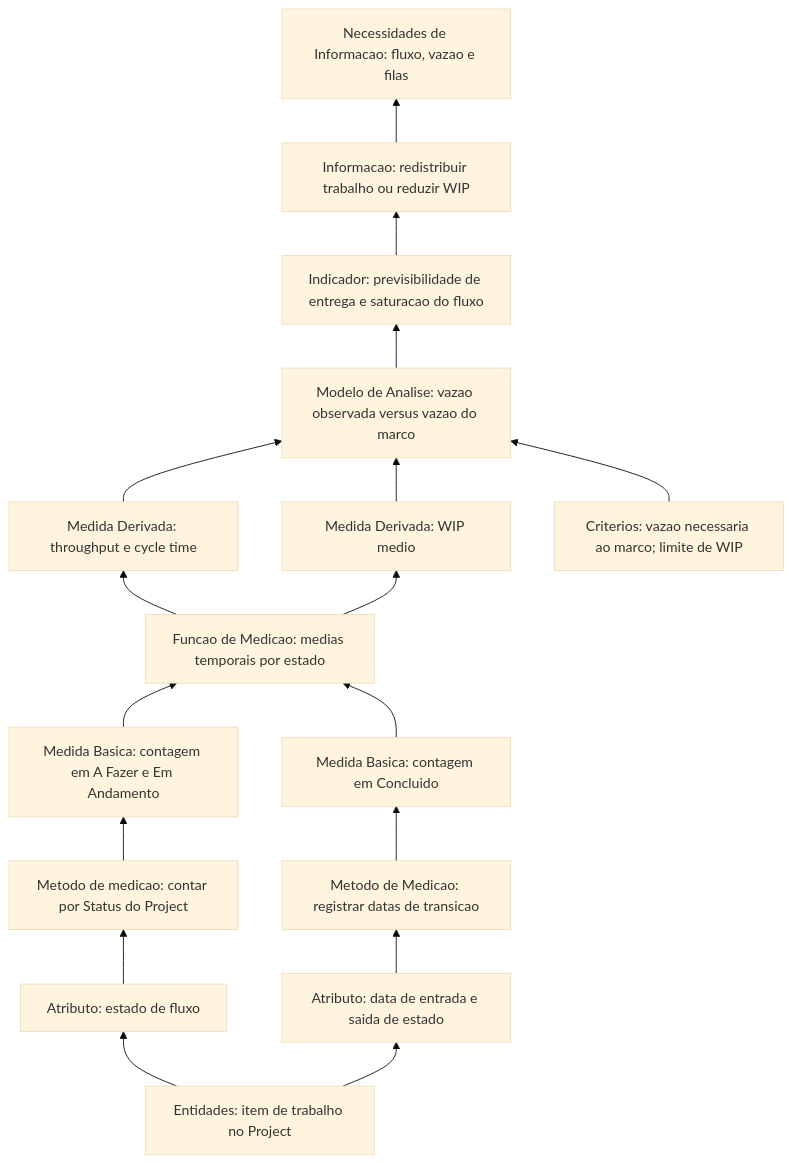
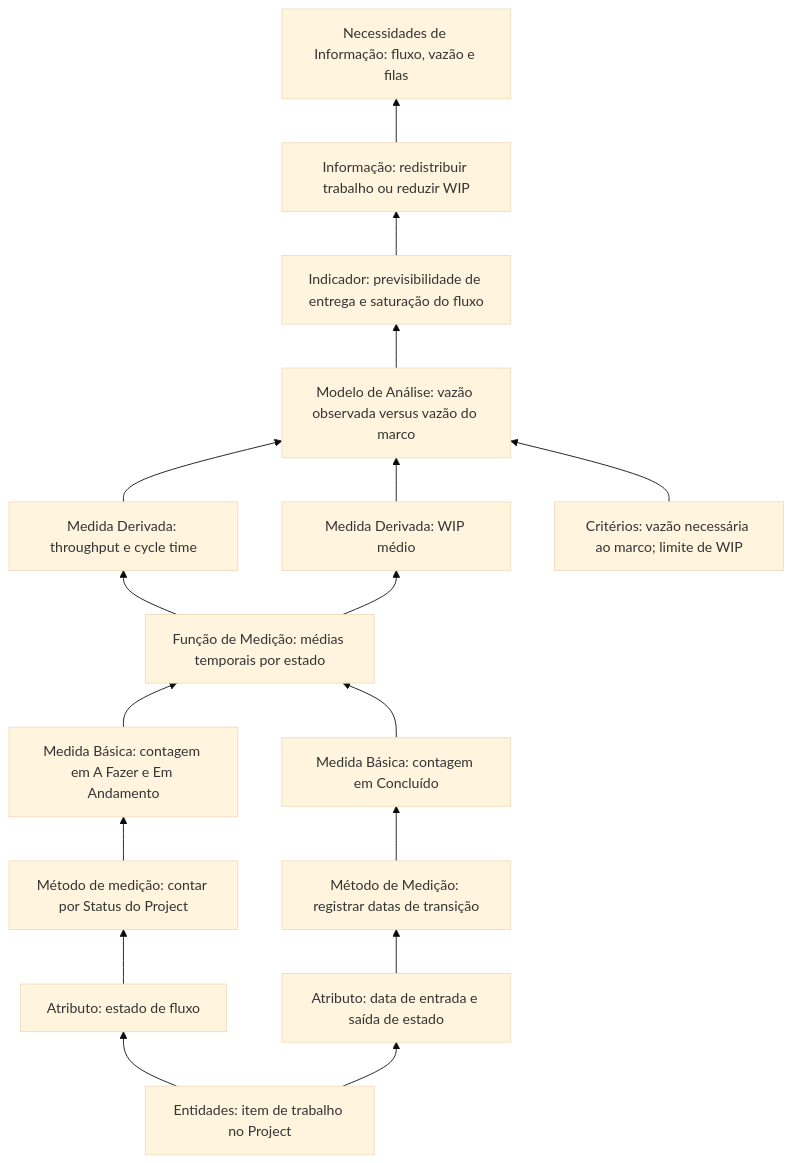
Before and after one commit to FCTE-Qualidade-de-Software-1/2026-2_T01_BETTY_SNYDER: the second of 2 diagrams in docs/gestao-psm/calendario-e-progresso.md, drawn with Mermaid (base theme). The commit also changed other lines of this file and 2 other files, not shown here.

Commit message:
docs(psm): acentua rotulos UTF-8 nos diagramas das categorias

````diff
--- a/docs/gestao-psm/calendario-e-progresso.md
+++ b/docs/gestao-psm/calendario-e-progresso.md
@@ -135,34 +135,34 @@
 ```mermaid
 flowchart BT
-  need["Necessidades de Informacao: fluxo, vazao e filas"]
-  info["Informacao: redistribuir trabalho ou reduzir WIP"]
-  ind["Indicador: previsibilidade de entrega e saturacao do fluxo"]
-  analise["Modelo de Analise: vazao observada versus vazao do marco"]
-  crit["Criterios: vazao necessaria ao marco; limite de WIP"]
+  need["Necessidades de Informação: fluxo, vazão e filas"]
+  info["Informação: redistribuir trabalho ou reduzir WIP"]
+  ind["Indicador: previsibilidade de entrega e saturação do fluxo"]
+  analise["Modelo de Análise: vazão observada versus vazão do marco"]
+  crit["Critérios: vazão necessária ao marco; limite de WIP"]
   md1["Medida Derivada: throughput e cycle time"]
-  md2["Medida Derivada: WIP medio"]
-  func["Funcao de Medicao: medias temporais por estado"]
-  mb1["Medida Basica: contagem em A Fazer e Em Andamento"]
-  mb2["Medida Basica: contagem em Concluido"]
-  met1["Metodo de medicao: contar por Status do Project"]
-  met2["Metodo de Medicao: registrar datas de transicao"]
+  md2["Medida Derivada: WIP médio"]
+  func["Função de Medição: médias temporais por estado"]
+  mb1["Medida Básica: contagem em A Fazer e Em Andamento"]
+  mb2["Medida Básica: contagem em Concluído"]
+  met1["Método de medição: contar por Status do Project"]
+  met2["Método de Medição: registrar datas de transição"]
   attr1["Atributo: estado de fluxo"]
-  attr2["Atributo: data de entrada e saida de estado"]
+  attr2["Atributo: data de entrada e saída de estado"]
   ent["Entidades: item de trabalho no Project"]
   ent --> attr1
   ent --> attr2
   attr1 --> met1
   attr2 --> met2
   met1 --> mb1
   met2 --> mb2
   mb1 --> func
   mb2 --> func
   func --> md1
   func --> md2
   md1 --> analise
   md2 --> analise
   crit --> analise
   analise --> ind
   ind --> info
   info --> need
 ```
````
